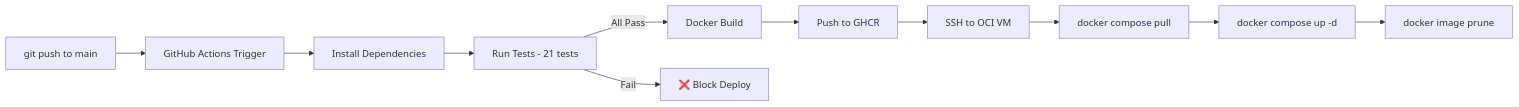
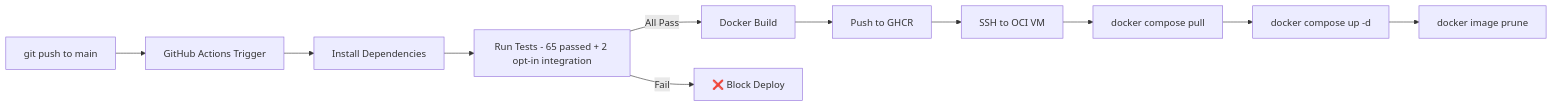
The second of 4 diagrams in README.md (ian32253188/Lending-bot), drawn with Mermaid before and after one commit. The commit also changed other lines of this file and 22 other files, not shown here.

Commit message:
test: add coverage for trading and multi-tenant flows

````diff
--- a/README.md
+++ b/README.md
@@ -150,13 +150,13 @@
 ```mermaid
 graph LR
     A[git push to main] --> B[GitHub Actions Trigger]
     B --> C[Install Dependencies]
-    C --> D[Run Tests - 21 tests]
+    C --> D[Run Tests - 65 passed + 2 opt-in integration]
     D -->|All Pass| E[Docker Build]
     E --> F[Push to GHCR]
     F --> G[SSH to OCI VM]
     G --> H[docker compose pull]
     H --> I[docker compose up -d]
     I --> J[docker image prune]
     D -->|Fail| K[❌ Block Deploy]
 ```
````
